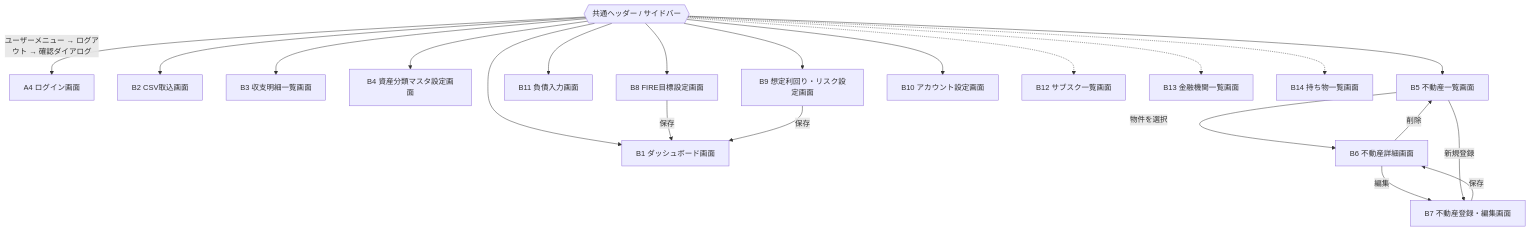
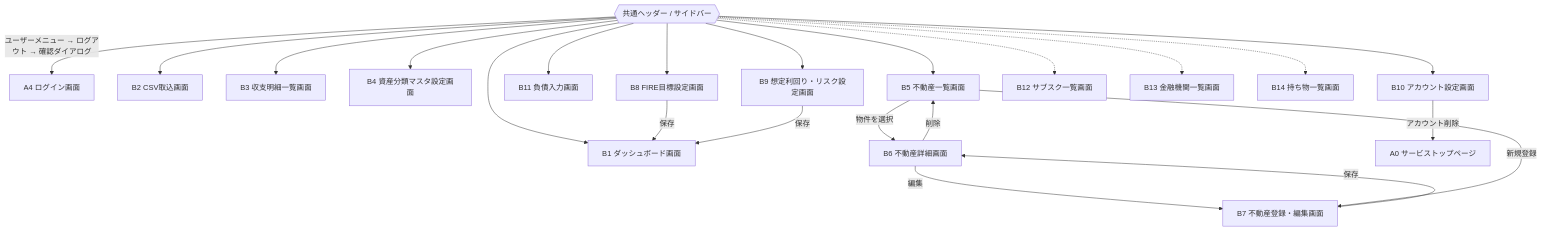
The third of 4 diagrams in docs/screen-list-and-transitions.md (KunitoObara/FIRE_FIRE), drawn with Mermaid before and after one commit. The commit also changed other lines of this file and 22 other files, not shown here.

````diff
--- a/docs/screen-list-and-transitions.md
+++ b/docs/screen-list-and-transitions.md
@@ -227,26 +227,28 @@
 ```mermaid
 flowchart TD
     Nav{{共通ヘッダー / サイドバー}}
     Nav -->|ユーザーメニュー → ログアウト → 確認ダイアログ| Login[A4 ログイン画面]
     Nav --> Dashboard[B1 ダッシュボード画面]
     Nav --> CsvImport[B2 CSV取込画面]
     Nav --> Transactions[B3 収支明細一覧画面]
     Nav --> CategoryMaster[B4 資産分類マスタ設定画面]
     Nav --> RealEstateList[B5 不動産一覧画面]
     Nav --> DebtInput[B11 負債入力画面]
     Nav --> FireGoal[B8 FIRE目標設定画面]
     Nav --> AssumptionSettings[B9 想定利回り・リスク設定画面]
     Nav --> AccountSettings[B10 アカウント設定画面]
     Nav -.-> Subscriptions[B12 サブスク一覧画面]
     Nav -.-> Institutions[B13 金融機関一覧画面]
     Nav -.-> Belongings[B14 持ち物一覧画面]
 
     RealEstateList -->|物件を選択| RealEstateDetail[B6 不動産詳細画面]
     RealEstateDetail -->|編集| RealEstateEdit[B7 不動産登録・編集画面]
     RealEstateList -->|新規登録| RealEstateEdit
     RealEstateEdit -->|保存| RealEstateDetail
     RealEstateDetail -->|削除| RealEstateList
 
     FireGoal -->|保存| Dashboard
     AssumptionSettings -->|保存| Dashboard
+
+    AccountSettings -->|アカウント削除| Top[A0 サービストップページ]
 ```
````
